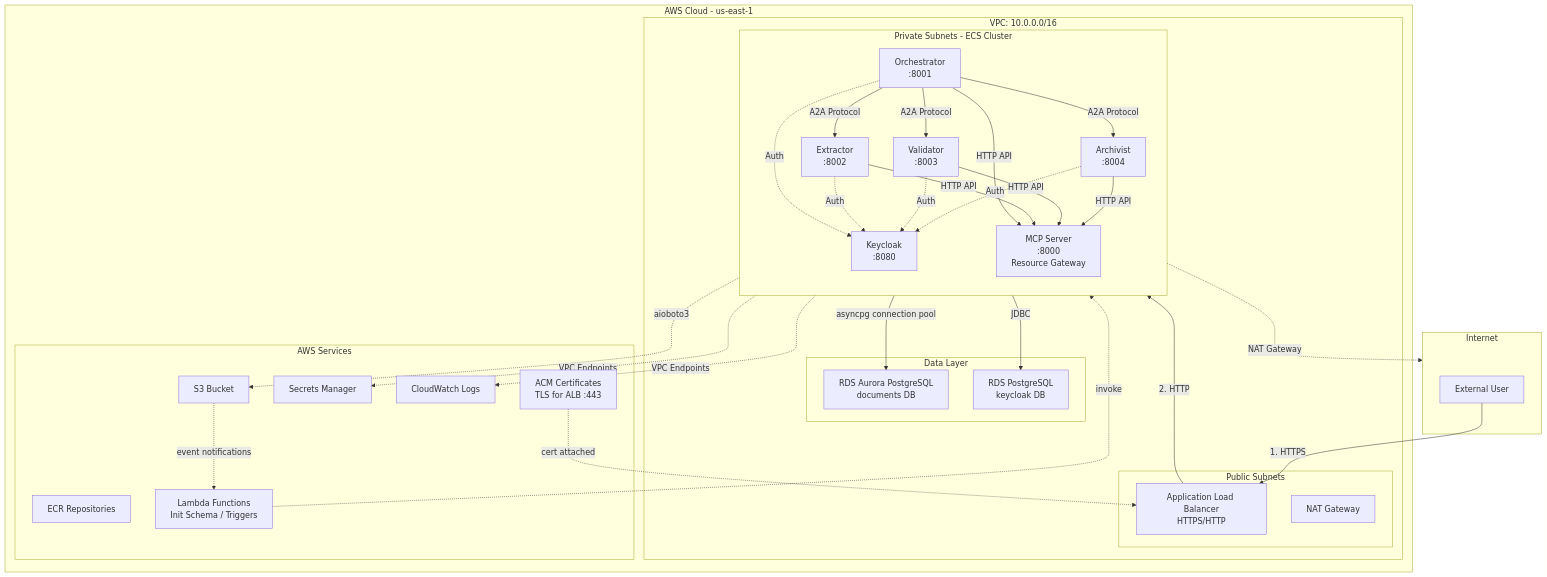
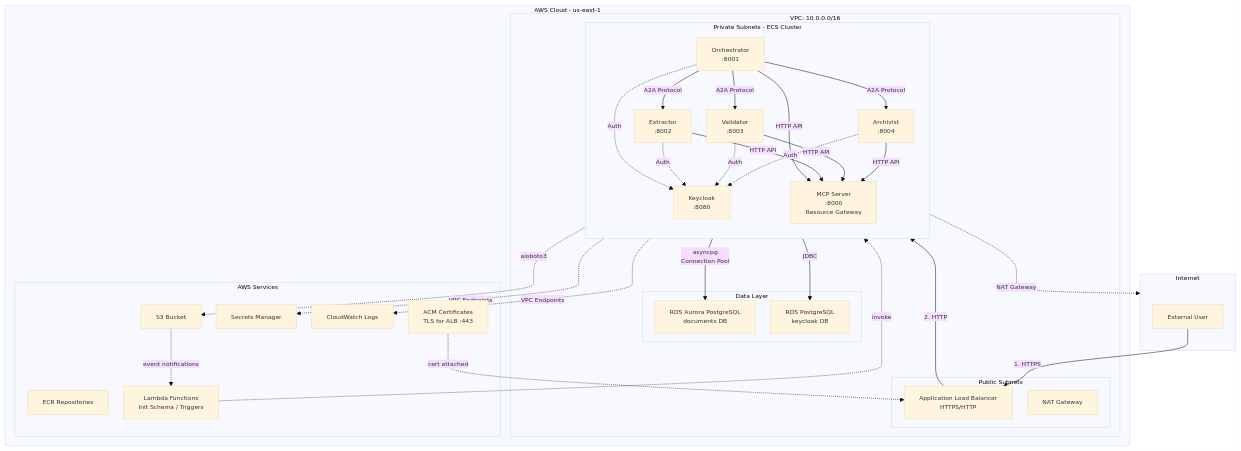
One commit to jaafar-benabderrazak/ca_a2a changed the first of 10 diagrams in CA_A2A_COMPLETE_SECURITY_DOCUMENTATION.md. Above: the diagram before and after it, drawn with Mermaid. The commit also changed other lines of this file, not shown here.

Commit message:
Fix Mermaid parse error: remove parentheses from edge labels

````diff
--- a/CA_A2A_COMPLETE_SECURITY_DOCUMENTATION.md
+++ b/CA_A2A_COMPLETE_SECURITY_DOCUMENTATION.md
@@ -67,68 +67,69 @@
 ```mermaid
+%%{init: {"theme":"base","themeVariables":{"fontSize":"12px"},"flowchart":{"nodeSpacing":30,"rankSpacing":35}}}%%
 graph TB
     subgraph Internet[Internet]
         User[External User]
     end
     
     subgraph AWS["AWS Cloud - us-east-1"]
         subgraph VPC["VPC: 10.0.0.0/16"]
             subgraph Public["Public Subnets"]
                 ALB["Application Load Balancer<br/>HTTPS/HTTP"]
                 NAT[NAT Gateway]
             end
             
             subgraph Private["Private Subnets - ECS Cluster"]
                 direction TB
                 Orch["Orchestrator<br/>:8001"]
                 Ext["Extractor<br/>:8002"]
                 Val["Validator<br/>:8003"]
                 Arch["Archivist<br/>:8004"]
                 KC["Keycloak<br/>:8080"]
                 MCP["MCP Server<br/>:8000<br/>Resource Gateway"]
             end
             
             subgraph Data["Data Layer"]
                 RDS["RDS Aurora PostgreSQL<br/>documents DB"]
                 KC_RDS["RDS PostgreSQL<br/>keycloak DB"]
             end
         end
         
         subgraph Services["AWS Services"]
             ACM[ACM Certificates<br/>TLS for ALB :443]
             SM[Secrets Manager]
             CW[CloudWatch Logs]
             S3[S3 Bucket]
             ECR[ECR Repositories]
             LBD[Lambda Functions<br/>Init Schema / Triggers]
         end
     end
     
     User -->|1. HTTPS| ALB
     ALB -->|2. HTTP| Orch
     Orch -->|A2A Protocol| Ext
     Orch -->|A2A Protocol| Val
     Orch -->|A2A Protocol| Arch
     
     Orch -.->|Auth| KC
     Ext -.->|Auth| KC
     Val -.->|Auth| KC
     Arch -.->|Auth| KC
     
     KC -->|JDBC| KC_RDS
     
     Orch -->|HTTP API| MCP
     Ext -->|HTTP API| MCP
     Val -->|HTTP API| MCP
     Arch -->|HTTP API| MCP
     
-    MCP -->|asyncpg connection pool| RDS
+    MCP --> |"asyncpg<br/>Connection Pool"| RDS
     MCP -.->|aioboto3| S3
 
     ACM -.->|cert attached| ALB
-    S3 -.->|event notifications| LBD
-    LBD -.->|invoke| Orch
+    S3 -.->|"event notifications"| LBD
+    LBD -.->|"invoke"| Orch
     
     Private -.->|VPC Endpoints| SM
     Private -.->|VPC Endpoints| CW
     Private -.->|NAT Gateway| Internet
 ```
````
